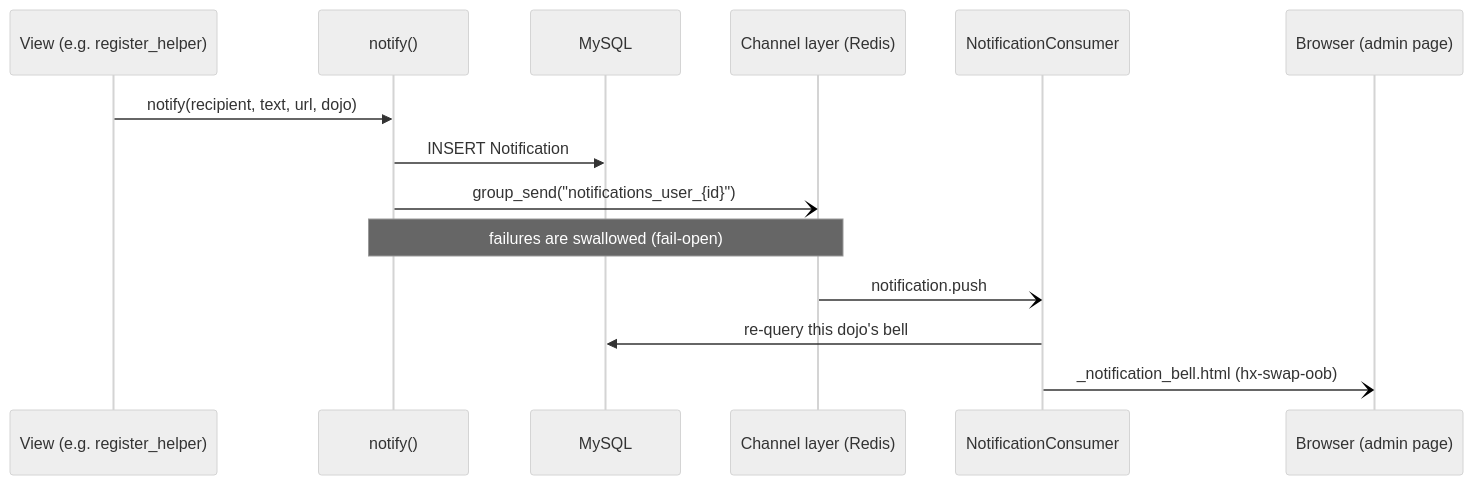
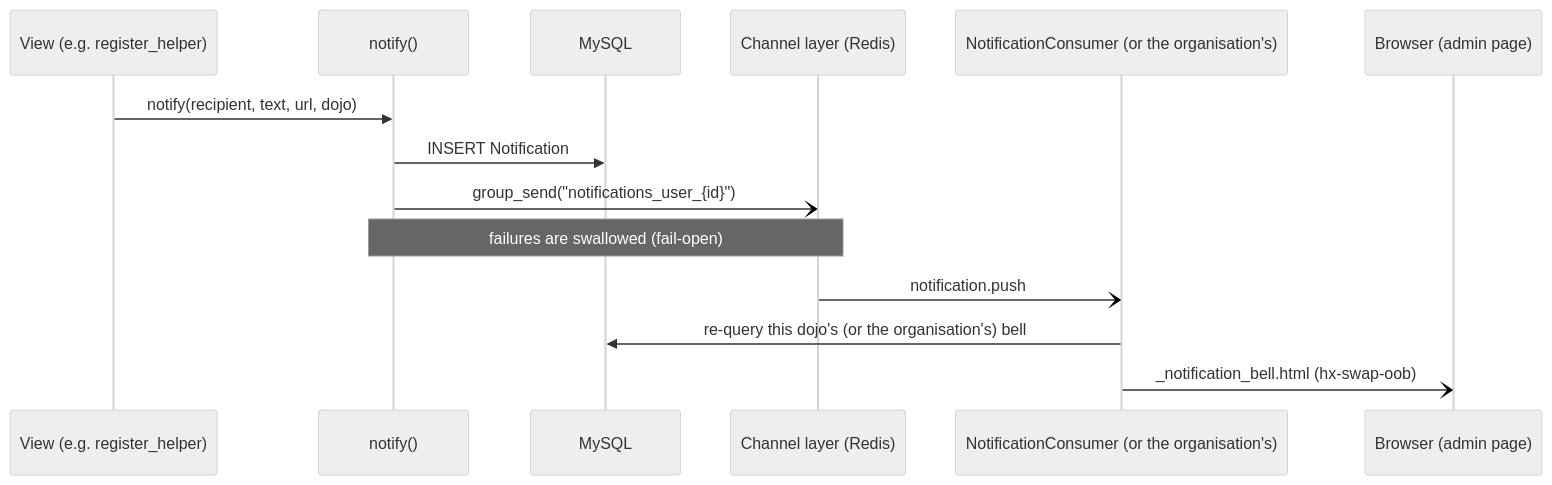
One commit to DoublG/coderdojo-event-registration changed diagram 14 of 32 in DATA_MODEL.md. Above: the diagram before and after it, drawn with Mermaid (neutral theme). The commit also changed other lines of this file and 1 other file, not shown here.

First line of the commit message:
DATA_MODEL.md: diagrams caught up with the code

````diff
--- a/DATA_MODEL.md
+++ b/DATA_MODEL.md
@@ -674,17 +706,17 @@
 ```mermaid
 sequenceDiagram
     participant V as View (e.g. register_helper)
     participant S as notify()
     participant DB as MySQL
     participant CL as Channel layer (Redis)
-    participant C as NotificationConsumer
+    participant C as NotificationConsumer (or the organisation's)
     participant B as Browser (admin page)
 
     V->>S: notify(recipient, text, url, dojo)
     S->>DB: INSERT Notification
     S-)CL: group_send("notifications_user_{id}")
     Note over S,CL: failures are swallowed (fail-open)
     CL-)C: notification.push
-    C->>DB: re-query this dojo's bell
+    C->>DB: re-query this dojo's (or the organisation's) bell
     C-)B: _notification_bell.html (hx-swap-oob)
 ```
````
